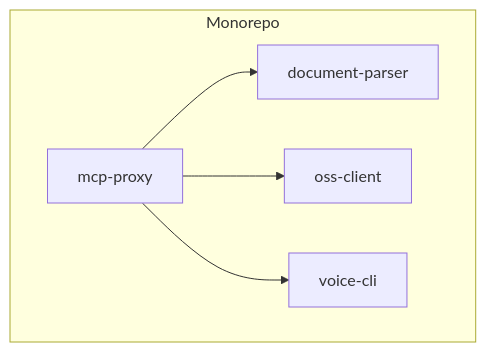
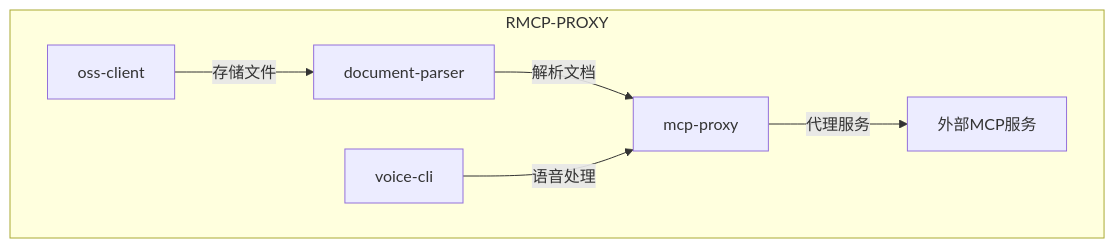
Before and after one commit to nuwax-ai/mcp-proxy: the first of 7 diagrams in .qoder/repowiki/zh/content/项目概述.md, drawn with Mermaid. The commit also changed other lines of this file and 147 other files, not shown here.

````diff
--- a/.qoder/repowiki/zh/content/项目概述.md
+++ b/.qoder/repowiki/zh/content/项目概述.md
@@ -43,12 +45,9 @@
 ```mermaid
-graph TB
-subgraph "Monorepo"
-DP[document-parser]
-MP[mcp-proxy]
-OC[oss-client]
-VC[voice-cli]
+graph TD
+subgraph "RMCP-PROXY"
+A[document-parser] --> |解析文档| B[mcp-proxy]
+C[oss-client] --> |存储文件| A
+D[voice-cli] --> |语音处理| B
+B --> |代理服务| E[外部MCP服务]
 end
-MP --> DP
-MP --> OC
-MP --> VC
 ```
````
